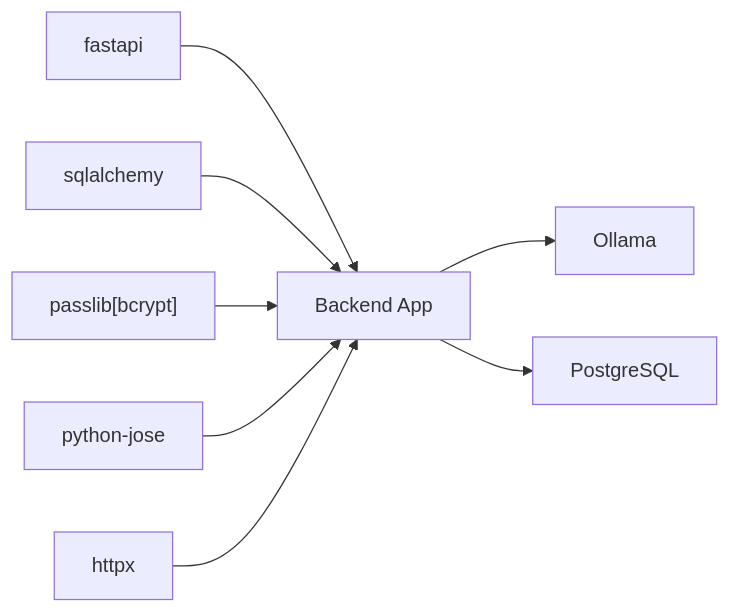
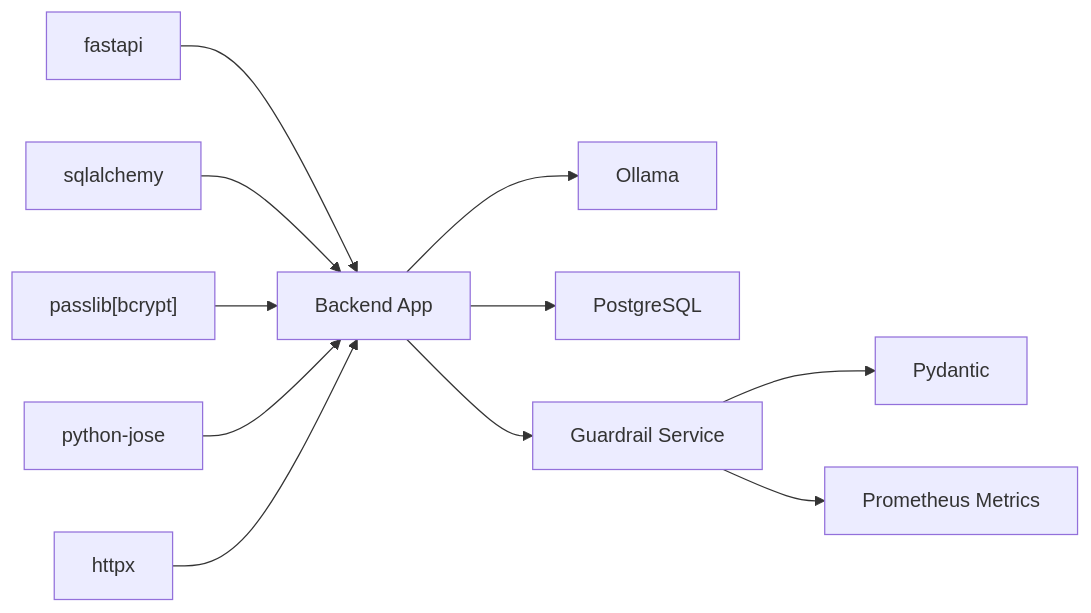
One commit to Revanththetalogics/aireume changed diagram 13 of 13 in .qoder/repowiki/en/content/Advanced Topics/Security Hardening/Security Hardening.md. Above: the diagram before and after it, drawn with Mermaid. The commit also changed other lines of this file and 21 other files, not shown here.

````diff
--- a/.qoder/repowiki/en/content/Advanced Topics/Security Hardening/Security Hardening.md
+++ b/.qoder/repowiki/en/content/Advanced Topics/Security Hardening/Security Hardening.md
@@ -821,10 +1005,13 @@
 ```mermaid
 graph LR
 FastAPI["fastapi"] --> Backend["Backend App"]
 SQLAlchemy["sqlalchemy"] --> Backend
 Passlib["passlib[bcrypt]"] --> Backend
 Jose["python-jose"] --> Backend
 Httpx["httpx"] --> Backend
 Backend --> Ollama["Ollama"]
 Backend --> Postgres["PostgreSQL"]
+Backend --> Guardrail["Guardrail Service"]
+Guardrail --> Pydantic["Pydantic"]
+Guardrail --> Prometheus["Prometheus Metrics"]
 ```
````
